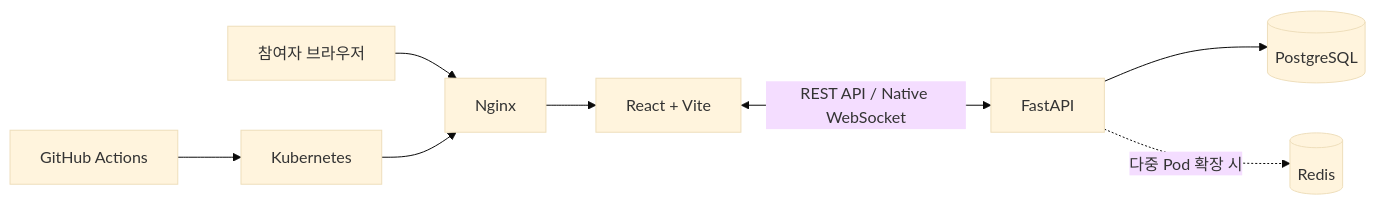
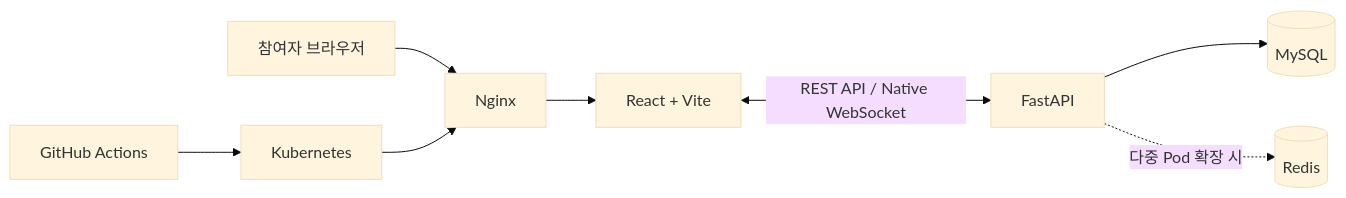
Before and after one commit to SunMoonUniv/ModuPick: the diagram in README.md, drawn with Mermaid (base theme). The commit also changed other lines of this file, not shown here.

````diff
--- a/README.md
+++ b/README.md
@@ -100,10 +100,10 @@
 ```mermaid
 flowchart LR
     U["참여자 브라우저"] --> N["Nginx"]
     N --> F["React + Vite"]
     F <-->|"REST API / Native WebSocket"| B["FastAPI"]
-    B --> P[("PostgreSQL")]
+    B --> P[("MySQL")]
     B -. "다중 Pod 확장 시" .-> R[("Redis")]
     G["GitHub Actions"] --> K["Kubernetes"]
     K --> N
 ```
````
